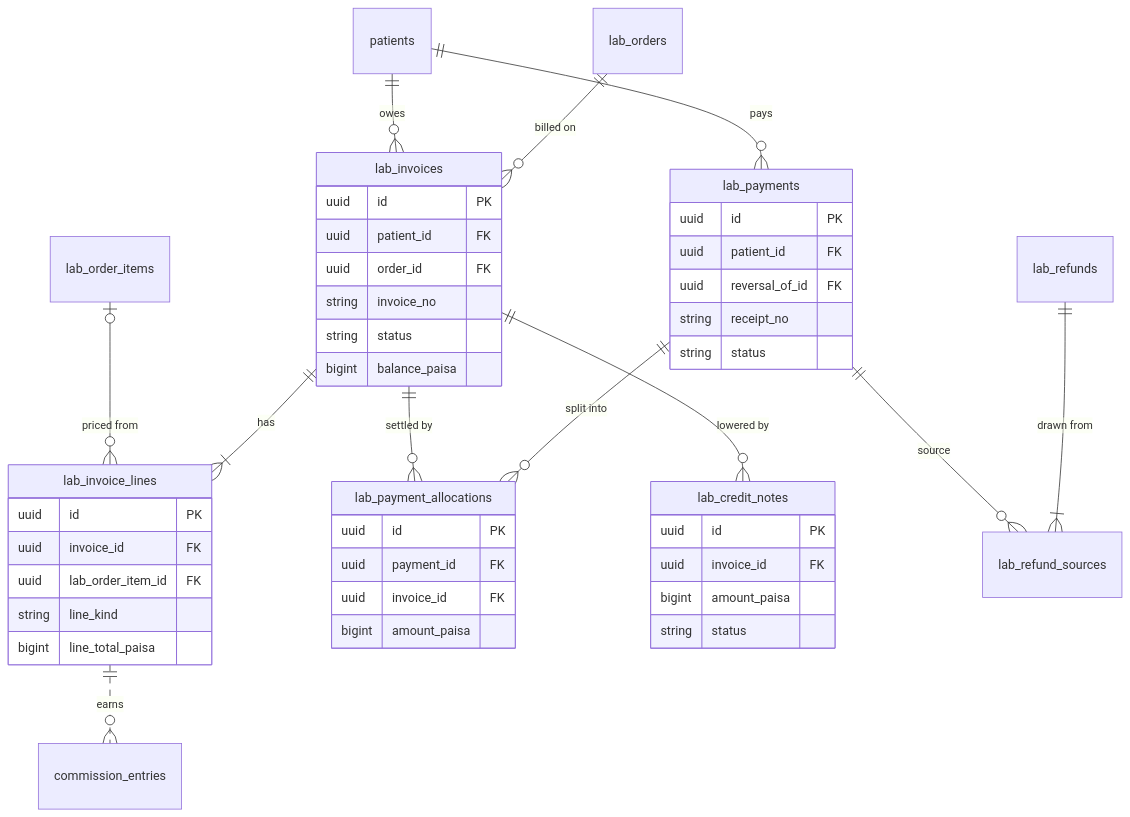
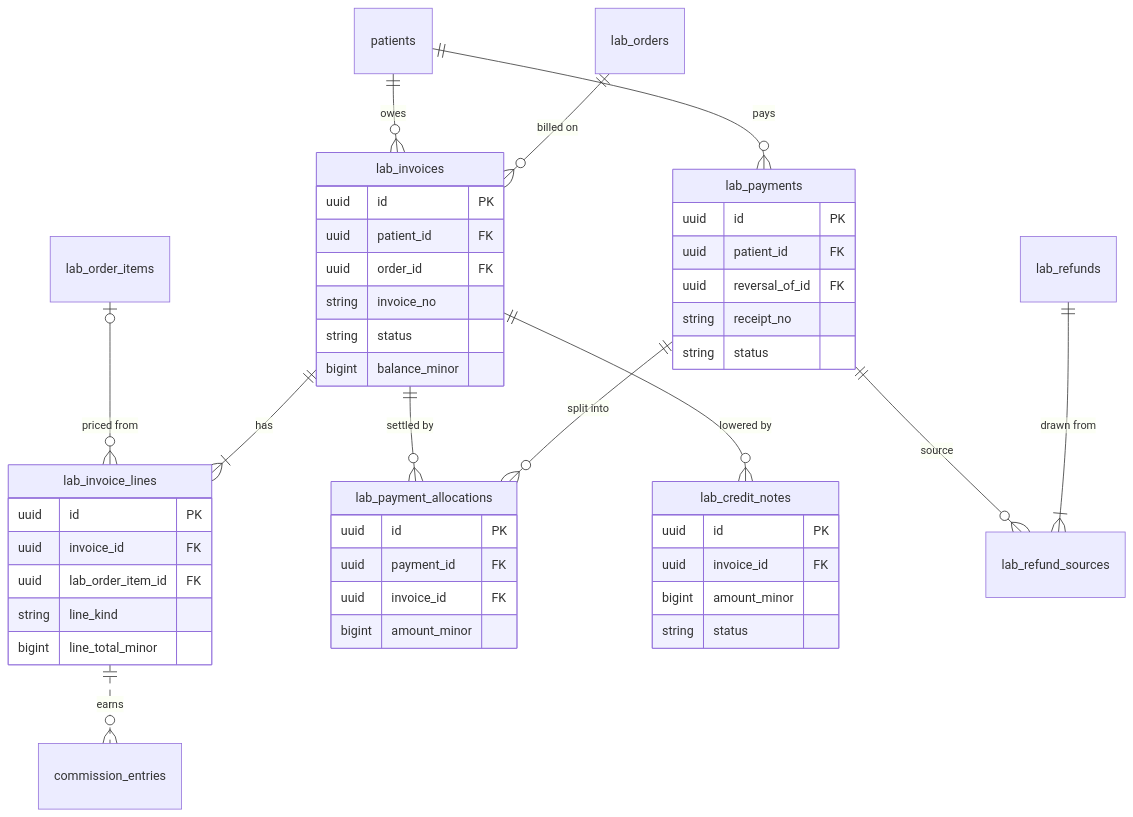
One commit to moinuddin2004/cms changed the diagram in docs/handbook/diagrams/ch42-lab-finance-erd.mmd. Above: the diagram before and after it, drawn with Mermaid. The commit also changed 436 other files, not shown here.

```diff
--- a/docs/handbook/diagrams/ch42-lab-finance-erd.mmd
+++ b/docs/handbook/diagrams/ch42-lab-finance-erd.mmd
@@ -1,46 +1,46 @@
 erDiagram
     lab_orders ||--o{ lab_invoices : "billed on"
     patients ||--o{ lab_invoices : "owes"
     lab_invoices ||--|{ lab_invoice_lines : "has"
     lab_order_items |o--o{ lab_invoice_lines : "priced from"
     patients ||--o{ lab_payments : "pays"
     lab_payments ||--o{ lab_payment_allocations : "split into"
     lab_invoices ||--o{ lab_payment_allocations : "settled by"
     lab_invoices ||--o{ lab_credit_notes : "lowered by"
     lab_refunds ||--|{ lab_refund_sources : "drawn from"
     lab_payments ||--o{ lab_refund_sources : "source"
     lab_invoice_lines ||..o{ commission_entries : "earns"
     lab_invoices {
         uuid id PK
         uuid patient_id FK
         uuid order_id FK
         string invoice_no
         string status
-        bigint balance_paisa
+        bigint balance_minor
     }
     lab_invoice_lines {
         uuid id PK
         uuid invoice_id FK
         uuid lab_order_item_id FK
         string line_kind
-        bigint line_total_paisa
+        bigint line_total_minor
     }
     lab_payments {
         uuid id PK
         uuid patient_id FK
         uuid reversal_of_id FK
         string receipt_no
         string status
     }
     lab_payment_allocations {
         uuid id PK
         uuid payment_id FK
         uuid invoice_id FK
-        bigint amount_paisa
+        bigint amount_minor
     }
     lab_credit_notes {
         uuid id PK
         uuid invoice_id FK
-        bigint amount_paisa
+        bigint amount_minor
         string status
     }
```
